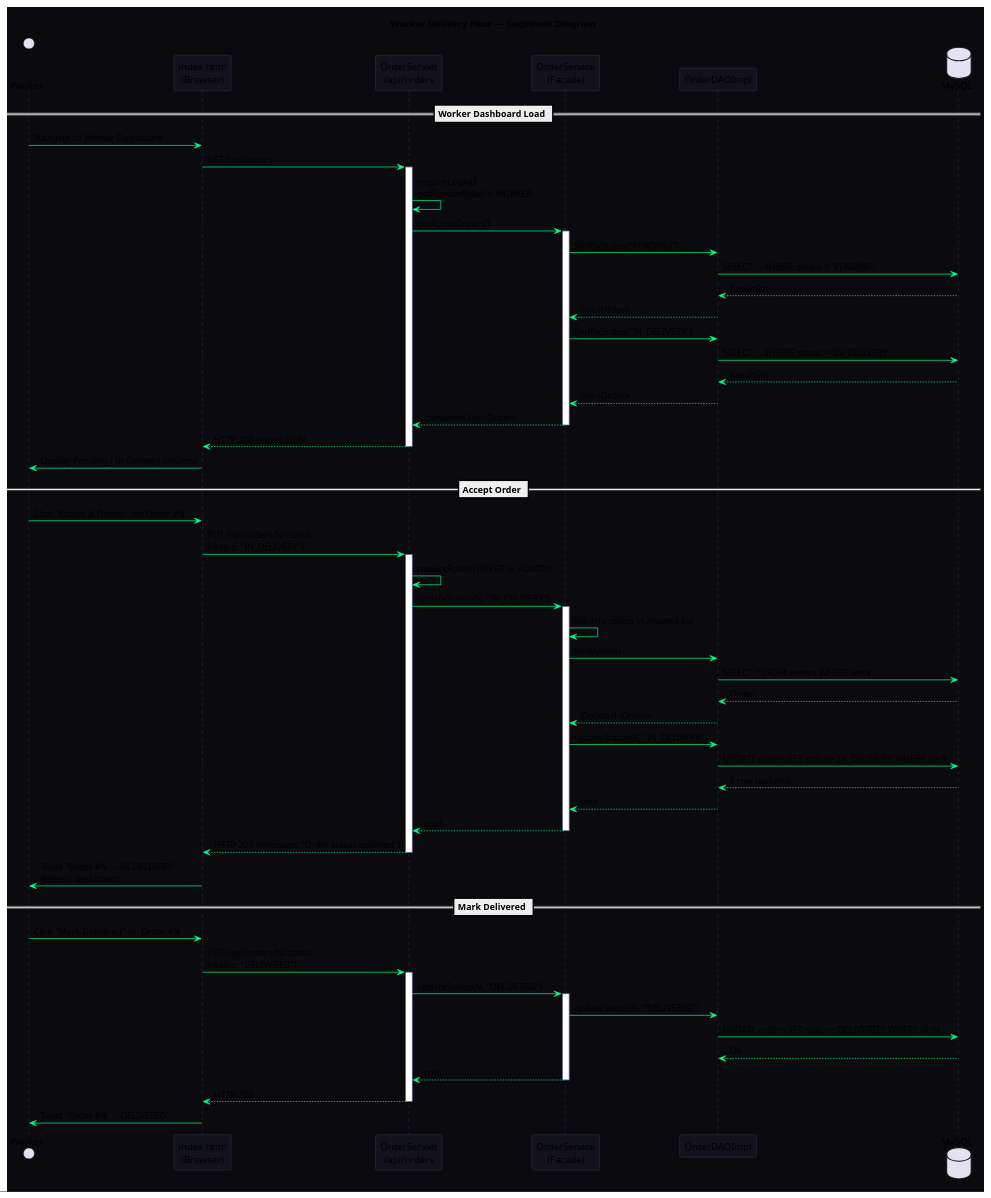
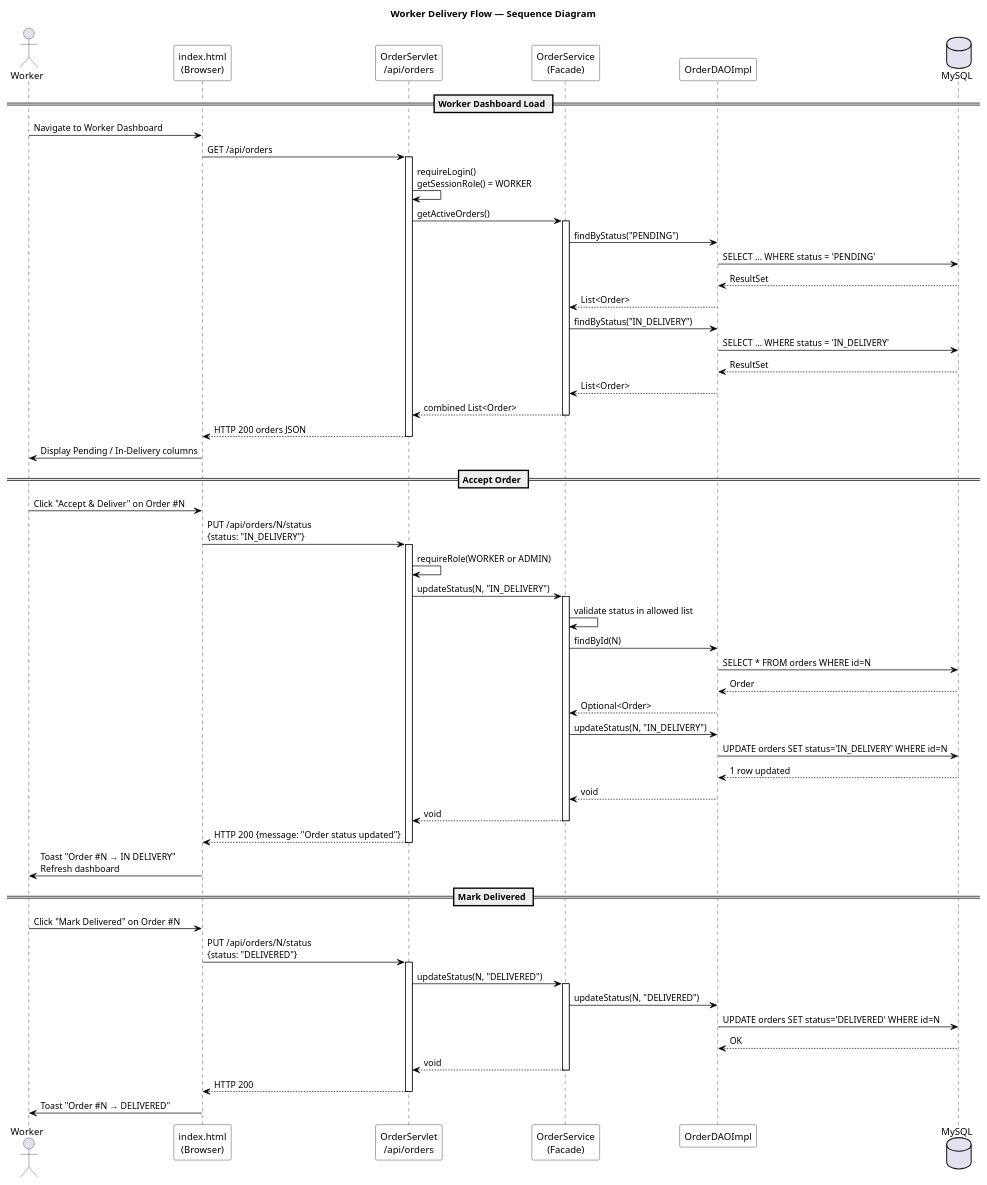
The diagram in uml/sequence_delivery.puml (lidrissiwalid/project-uml), drawn with PlantUML before and after one commit. The commit also changed 5 other files, not shown here.

```diff
--- a/uml/sequence_delivery.puml
+++ b/uml/sequence_delivery.puml
@@ -1,78 +1,84 @@
 @startuml sequence_delivery
-skinparam backgroundColor #0a0a0f
-skinparam sequenceParticipantBackgroundColor #12121a
-skinparam sequenceParticipantBorderColor #444466
-skinparam sequenceArrowColor #00ff87
-skinparam fontColor #e8e8f0
-skinparam sequenceLifeLineBorderColor #444466
+skinparam backgroundColor #ffffff
+skinparam sequenceParticipantBackgroundColor #ffffff
+skinparam sequenceParticipantBorderColor #000000
+skinparam sequenceArrowColor #000000
+skinparam fontColor #000000
+skinparam sequenceLifeLineBorderColor #000000
+skinparam sequenceGroupBorderColor #000000
+skinparam sequenceGroupBackgroundColor #eeeeee
+skinparam sequenceGroupFontColor #000000
+skinparam activationBorderColor #000000
+skinparam activationBackgroundColor #dddddd
 
 title Worker Delivery Flow — Sequence Diagram
 
 actor Worker
 participant "index.html\n(Browser)" as HTML
 participant "OrderServlet\n/api/orders" as Servlet
 participant "OrderService\n(Facade)" as Service
 participant "OrderDAOImpl" as OrderDAO
 database "MySQL" as DB
 
 == Worker Dashboard Load ==
 
 Worker -> HTML : Navigate to Worker Dashboard
 HTML -> Servlet : GET /api/orders
 activate Servlet
 Servlet -> Servlet : requireLogin()\ngetSessionRole() = WORKER
 Servlet -> Service : getActiveOrders()
 activate Service
 Service -> OrderDAO : findByStatus("PENDING")
 OrderDAO -> DB : SELECT ... WHERE status = 'PENDING'
 DB --> OrderDAO : ResultSet
 OrderDAO --> Service : List<Order>
 Service -> OrderDAO : findByStatus("IN_DELIVERY")
 OrderDAO -> DB : SELECT ... WHERE status = 'IN_DELIVERY'
 DB --> OrderDAO : ResultSet
 OrderDAO --> Service : List<Order>
 Service --> Servlet : combined List<Order>
 deactivate Service
 Servlet --> HTML : HTTP 200 orders JSON
 deactivate Servlet
 HTML -> Worker : Display Pending / In-Delivery columns
 
 == Accept Order ==
 
 Worker -> HTML : Click "Accept & Deliver" on Order #N
 HTML -> Servlet : PUT /api/orders/N/status\n{status: "IN_DELIVERY"}
 activate Servlet
 Servlet -> Servlet : requireRole(WORKER or ADMIN)
 Servlet -> Service : updateStatus(N, "IN_DELIVERY")
 activate Service
 Service -> Service : validate status in allowed list
 Service -> OrderDAO : findById(N)
 OrderDAO -> DB : SELECT * FROM orders WHERE id=N
 DB --> OrderDAO : Order
 OrderDAO --> Service : Optional<Order>
 Service -> OrderDAO : updateStatus(N, "IN_DELIVERY")
 OrderDAO -> DB : UPDATE orders SET status='IN_DELIVERY' WHERE id=N
 DB --> OrderDAO : 1 row updated
 OrderDAO --> Service : void
 Service --> Servlet : void
 deactivate Service
 Servlet --> HTML : HTTP 200 {message: "Order status updated"}
 deactivate Servlet
 HTML -> Worker : Toast "Order #N → IN DELIVERY"\nRefresh dashboard
 
 == Mark Delivered ==
 
 Worker -> HTML : Click "Mark Delivered" on Order #N
 HTML -> Servlet : PUT /api/orders/N/status\n{status: "DELIVERED"}
 activate Servlet
 Servlet -> Service : updateStatus(N, "DELIVERED")
 activate Service
 Service -> OrderDAO : updateStatus(N, "DELIVERED")
 OrderDAO -> DB : UPDATE orders SET status='DELIVERED' WHERE id=N
 DB --> OrderDAO : OK
 Service --> Servlet : void
 deactivate Service
 Servlet --> HTML : HTTP 200
 deactivate Servlet
 HTML -> Worker : Toast "Order #N → DELIVERED"
+
 @enduml
```
